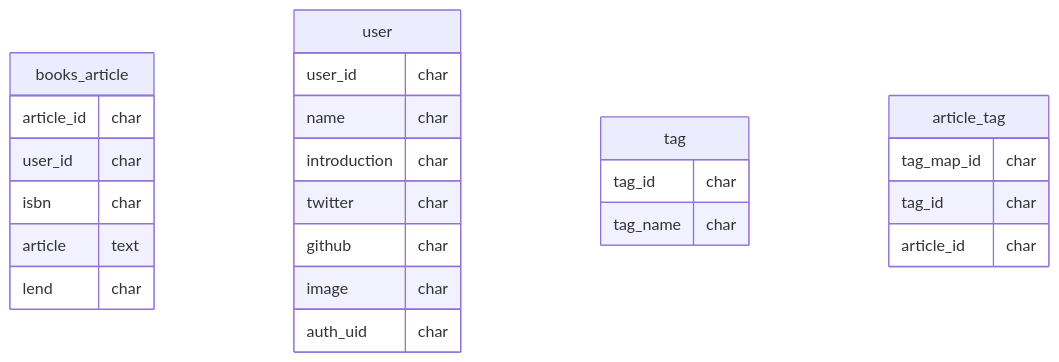
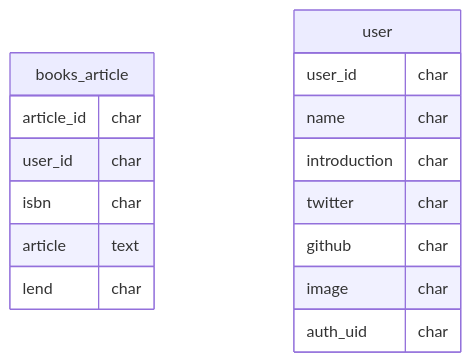
One commit to hackz-hackathon-giganoto/team-l changed the diagram in README.md. Above: the diagram before and after it, drawn with Mermaid. The commit also changed other lines of this file, not shown here.

````diff
--- a/README.md
+++ b/README.md
@@ -108,33 +145,22 @@
 ```mermaid
 erDiagram
 
 books_article{
   article_id char
   user_id char
   isbn char
   article text 
   lend char
 }
 
 user{
   user_id char
   name char
   introduction char
   twitter char
   github char
   image char
   auth_uid char
 }
 
-tag{
-  tag_id char
-  tag_name char
-}
-
-article_tag{
-  tag_map_id char
-  tag_id char
-  article_id char
-}
-
 ```
````
